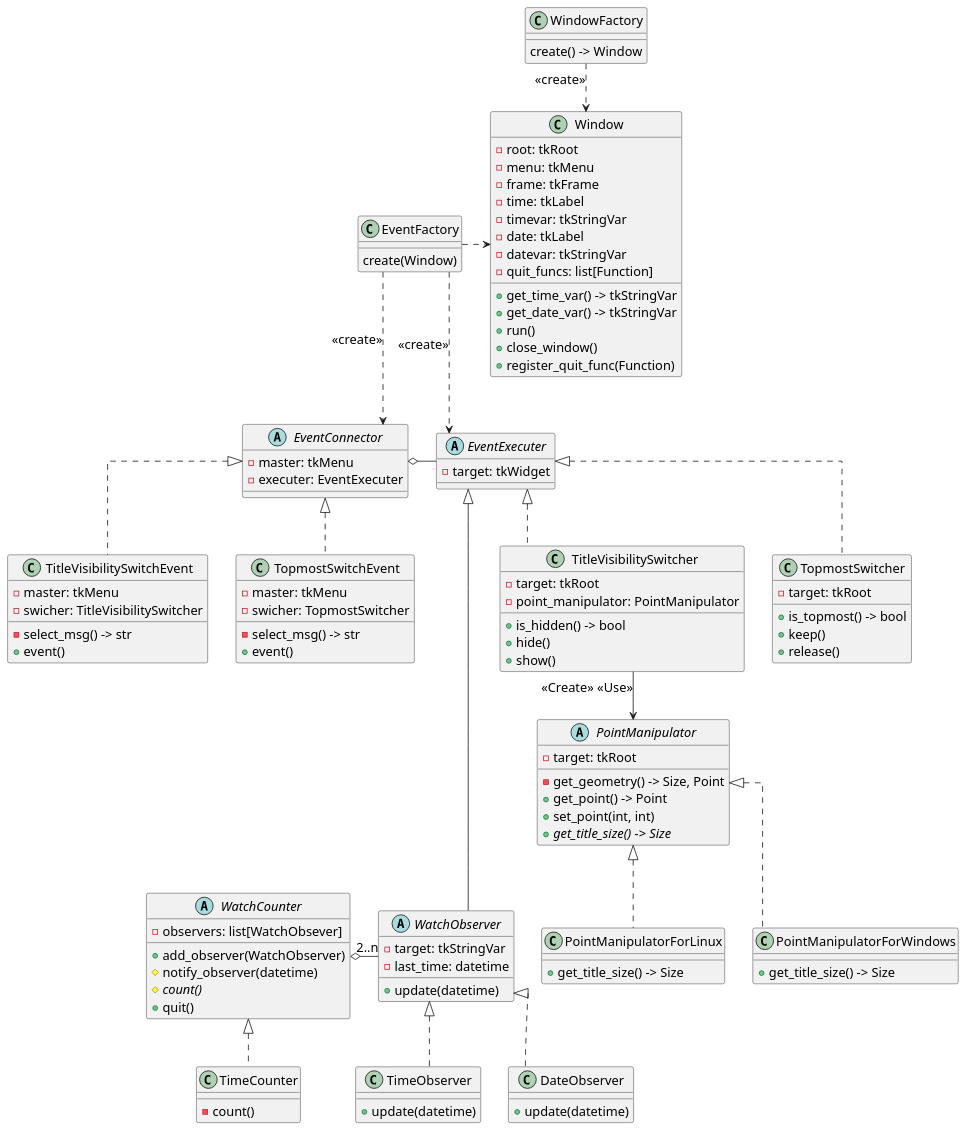
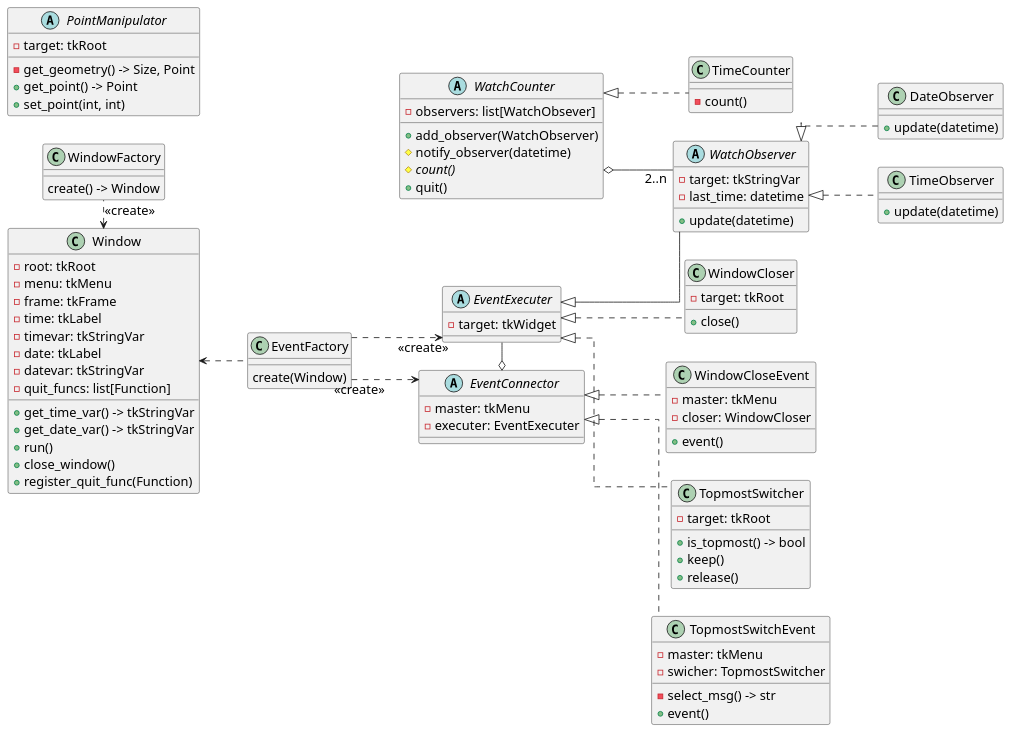
One commit to TAKE4548/OLW changed the diagram in doc/class.puml. Above: the diagram before and after it, drawn with PlantUML. The commit also changed 6 other files, not shown here.

```diff
--- a/doc/class.puml
+++ b/doc/class.puml
@@ -1,119 +1,121 @@
 @startuml Class
 skinparam {
    defaultfontsize 16
    linetype ortho
 }
-class "Window" as w {
-    - root: tkRoot
-    - menu: tkMenu
-    - frame: tkFrame
-    - time: tkLabel
-    - timevar: tkStringVar
-    - date: tkLabel
-    - datevar: tkStringVar
-    - quit_funcs: list[Function]
-    + get_time_var() -> tkStringVar
-    + get_date_var() -> tkStringVar
-    + run()
-    + close_window()
-    + register_quit_func(Function)
+left to right direction
+
+together {
+    class "WindowFactory" as wf {
+        create() -> Window
+    }
+    class "Window" as w {
+        - root: tkRoot
+        - menu: tkMenu
+        - frame: tkFrame
+        - time: tkLabel
+        - timevar: tkStringVar
+        - date: tkLabel
+        - datevar: tkStringVar
+        - quit_funcs: list[Function]
+        + get_time_var() -> tkStringVar
+        + get_date_var() -> tkStringVar
+        + run()
+        + close_window()
+        + register_quit_func(Function)
+    }
+    w <. wf: <<create>>
 }
-class "WindowFactory" as wf {
-    create() -> Window
+
+together {
+    class "EventFactory" as ef {
+        create(Window)
+    }
+    w <.. ef
+
+    abstract class "EventExecuter" as ee {
+        - target: tkWidget
+    }
+    ef ..> ee: <<create>>
+
+    abstract class "EventConnector" as ec {
+        - master: tkMenu
+        - executer: EventExecuter
+    }
+    ef ..> ec: <<create>>
+    ec o- ee
 }
-wf ..> w: <<create>>
-
-class "EventFactory" as ef {
-    create(Window)
-}
-ef .r.> w
-abstract class "EventConnector" as ec {
-    - master: tkMenu
-    - executer: EventExecuter
-}
-abstract class "EventExecuter" as ee {
-    - target: tkWidget
-}
-ec o-r- ee
-ef ..> ec: <<create>>
-ef ..> ee: <<create>>
-
-class "TitleVisibilitySwitcher" as tvs {
-    - target: tkRoot
-    - point_manipulator: PointManipulator
-    + is_hidden() -> bool
-    + hide()
-    + show()
-}
-ee <|.. tvs
-
-class "TitleVisibilitySwitchEvent" as tvse {
-    - master: tkMenu
-    - swicher: TitleVisibilitySwitcher
-    - select_msg() -> str
-    + event()
-}
-ec <|.. tvse
 
 abstract class "PointManipulator" as pm {
     - target: tkRoot
     - get_geometry() -> Size, Point
     + get_point() -> Point
     + set_point(int, int)
-    + {abstract} get_title_size() -> Size
 }
-class "PointManipulatorForLinux" as pml {
-    + get_title_size() -> Size
+
+together {
+    class "WindowCloser" as wcr {
+        - target: tkRoot
+        + close()
+    }
+    ee <|.. wcr
+
+    class "WindowCloseEvent" as wcre {
+        - master: tkMenu
+        - closer: WindowCloser
+        + event()
+    }
+    ec <|.. wcre
 }
-class "PointManipulatorForWindows" as pmw {
-    + get_title_size() -> Size
+
+together {
+    class "TopmostSwitcher" as tms {
+        - target: tkRoot
+        + is_topmost() -> bool
+        + keep()
+        + release()
+    }
+    ee <|.. tms
+
+    class "TopmostSwitchEvent" as tmse {
+        - master: tkMenu
+        - swicher: TopmostSwitcher
+        - select_msg() -> str
+        + event()
+    }
+    ec <|.. tmse
 }
-pm <|.. pml
-pm <|.. pmw
-tvs --> pm: <<Create>> <<Use>>
 
-class "TopmostSwitcher" as tms {
-    - target: tkRoot
-    + is_topmost() -> bool
-    + keep()
-    + release()
+together {
+    abstract class "WatchObserver" as wo {
+        - target: tkStringVar
+        - last_time: datetime
+        + update(datetime)
+    }
+    ee <|-- wo
+
+    class "TimeObserver" as to {
+        + update(datetime)
+    }
+    wo <|.. to
+
+    class "DateObserver" as do {
+        + update(datetime)
+    }
+    wo <|.. do
+
+    abstract class "WatchCounter" as wc {
+        - observers: list[WatchObsever]
+        + add_observer(WatchObserver)
+        # notify_observer(datetime)
+        # {abstract} count()
+        + quit()
+    }
+
+    class "TimeCounter" as tc {
+        - count()
+    }
+    wc <|.. tc
+    wo "2..n" -l-o wc
 }
-ee <|.. tms
-
-class "TopmostSwitchEvent" as tmse {
-    - master: tkMenu
-    - swicher: TopmostSwitcher
-    - select_msg() -> str
-    + event()
-}
-ec <|.. tmse
-
-abstract class "WatchObserver" as wo {
-    - target: tkStringVar
-    - last_time: datetime
-    + update(datetime)
-}
-ee <|---- wo
-
-class "TimeObserver" as to {
-    + update(datetime)
-}
-class "DateObserver" as do {
-    + update(datetime)
-}
-wo <|.. to
-wo <|.. do
-
-abstract class "WatchCounter" as wc {
-    - observers: list[WatchObsever]
-    + add_observer(WatchObserver)
-    # notify_observer(datetime)
-    # {abstract} count()
-    + quit()
-}
-class "TimeCounter" as tc {
-    - count()
-}
-wc <|.. tc
-wo "2..n" -l-o wc
 @enduml
```
